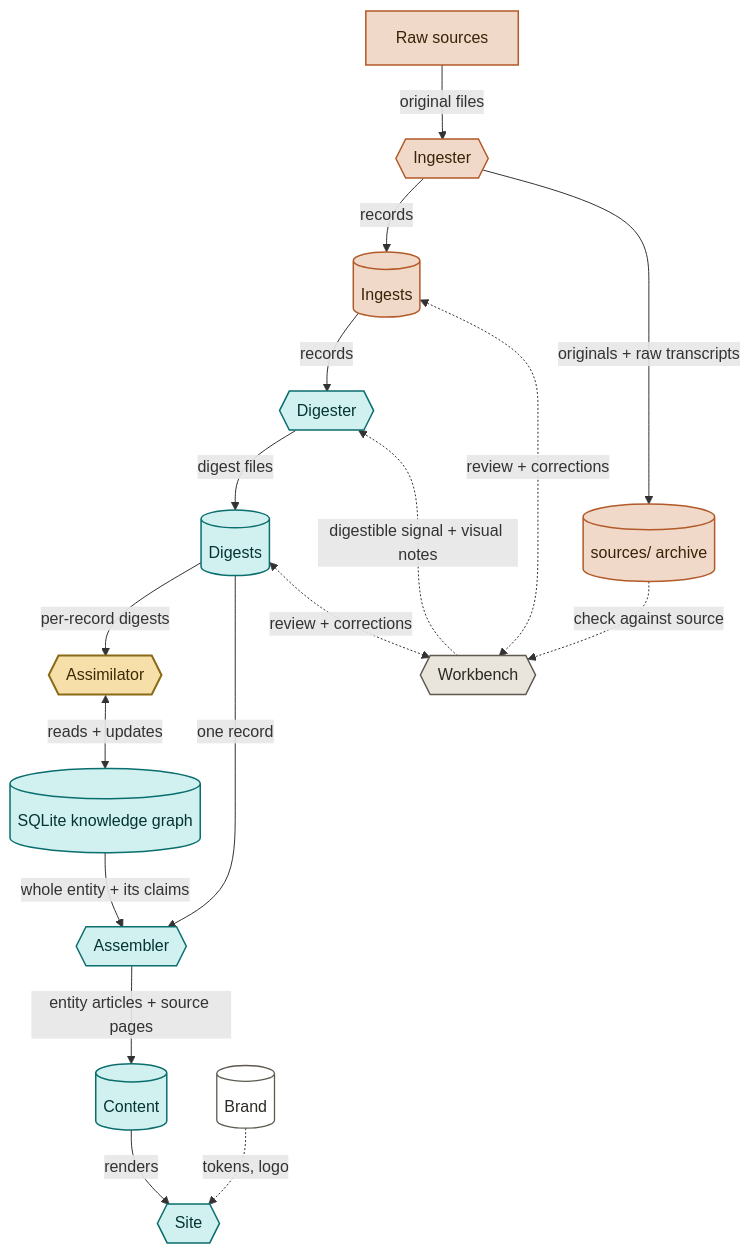
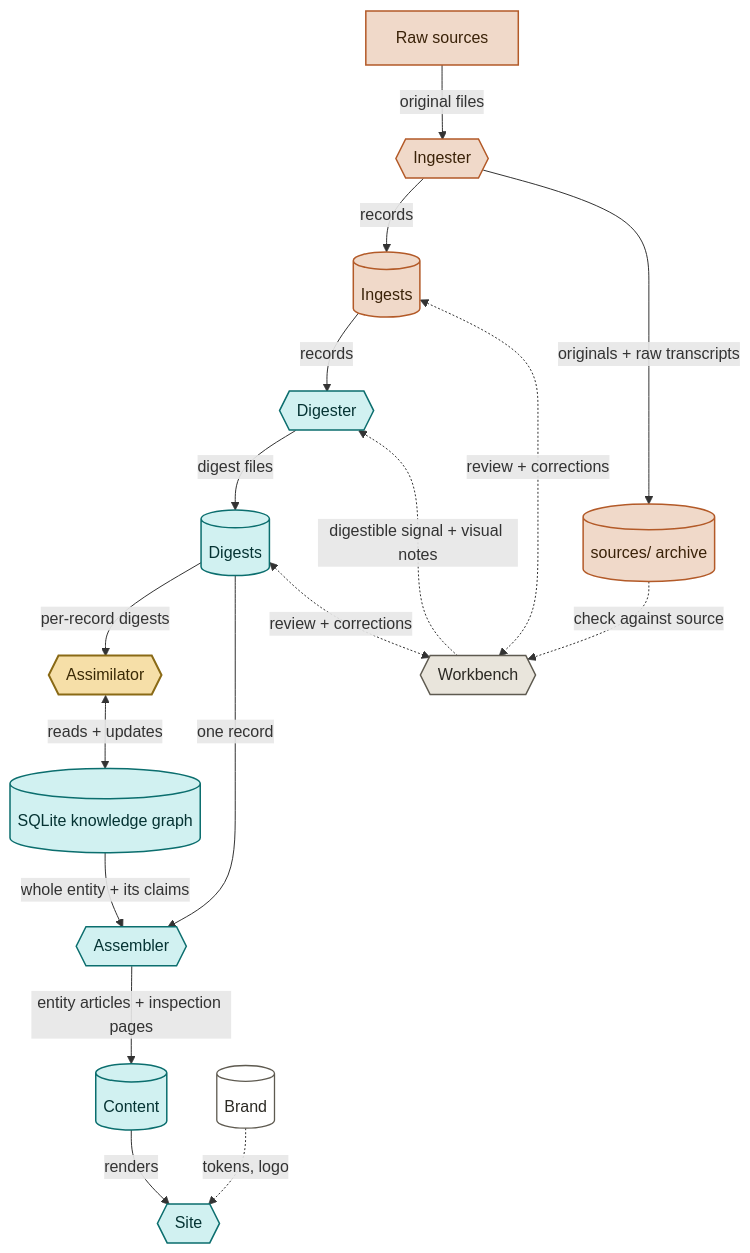
One commit to anomalica/site changed the diagram in assets/architecture/pipeline.mmd. Above: the diagram before and after it, drawn with Mermaid. The commit also changed 1 other file, not shown here.

Commit message:
fix(architecture): rename per-record "source page" to "inspection page"
"Source" is the producer role in data-model.md; the per-record artefact is a
Record, rendered at /records/. Aligns the assembler copy with that and with
the content node's existing "per-record inspection page" wording.

```diff
--- a/assets/architecture/pipeline.mmd
+++ b/assets/architecture/pipeline.mmd
@@ -1,51 +1,51 @@
 flowchart TB
   classDef priv fill:#F0D9C9,stroke:#B35A28,stroke-width:1.5px,color:#3a2208;
   classDef pub fill:#D1F1F1,stroke:#0B6E6E,stroke-width:1.5px,color:#053333;
   classDef rev fill:#E9E5DC,stroke:#5E5A50,stroke-width:1.5px,color:#2c2a24;
   classDef store fill:#ffffff,stroke:#5E5A50,stroke-width:1.3px,color:#2c2a24;
   classDef new fill:#F6DFA8,stroke:#8a6a16,stroke-width:2px,color:#3a2a06;
 
   raw["Raw sources"]:::priv
   ingester{{"Ingester"}}:::priv
   ingests[("Ingests")]:::priv
   archive[("sources/ archive")]:::priv
   workbench{{"Workbench"}}:::rev
   digester{{"Digester"}}:::pub
   digests[("Digests")]:::pub
   assimilator{{"Assimilator"}}:::new
   kg[("SQLite knowledge graph")]:::pub
   assembler{{"Assembler"}}:::pub
   content[("Content")]:::pub
   site{{"Site"}}:::pub
   brand[("Brand")]:::store
 
   raw -->|"original files"| ingester
   ingester -->|"records"| ingests
   ingester -->|"originals + raw transcripts"| archive
   ingests -->|"records"| digester
   digester -->|"digest files"| digests
   digests -->|"per-record digests"| assimilator
   assimilator <-->|"reads + updates"| kg
   kg -->|"whole entity + its claims"| assembler
   digests -->|"one record"| assembler
-  assembler -->|"entity articles + source pages"| content
+  assembler -->|"entity articles + inspection pages"| content
   content -->|"renders"| site
   brand -.->|"tokens, logo"| site
   ingests <-.->|"review + corrections"| workbench
   digests <-.->|"review + corrections"| workbench
   archive -.->|"check against source"| workbench
   workbench -.->|"digestible signal + visual notes"| digester
 
   click raw nodeClick
   click ingester nodeClick
   click ingests nodeClick
   click archive nodeClick
   click workbench nodeClick
   click digester nodeClick
   click digests nodeClick
   click assimilator nodeClick
   click kg nodeClick
   click assembler nodeClick
   click content nodeClick
   click site nodeClick
   click brand nodeClick
```
